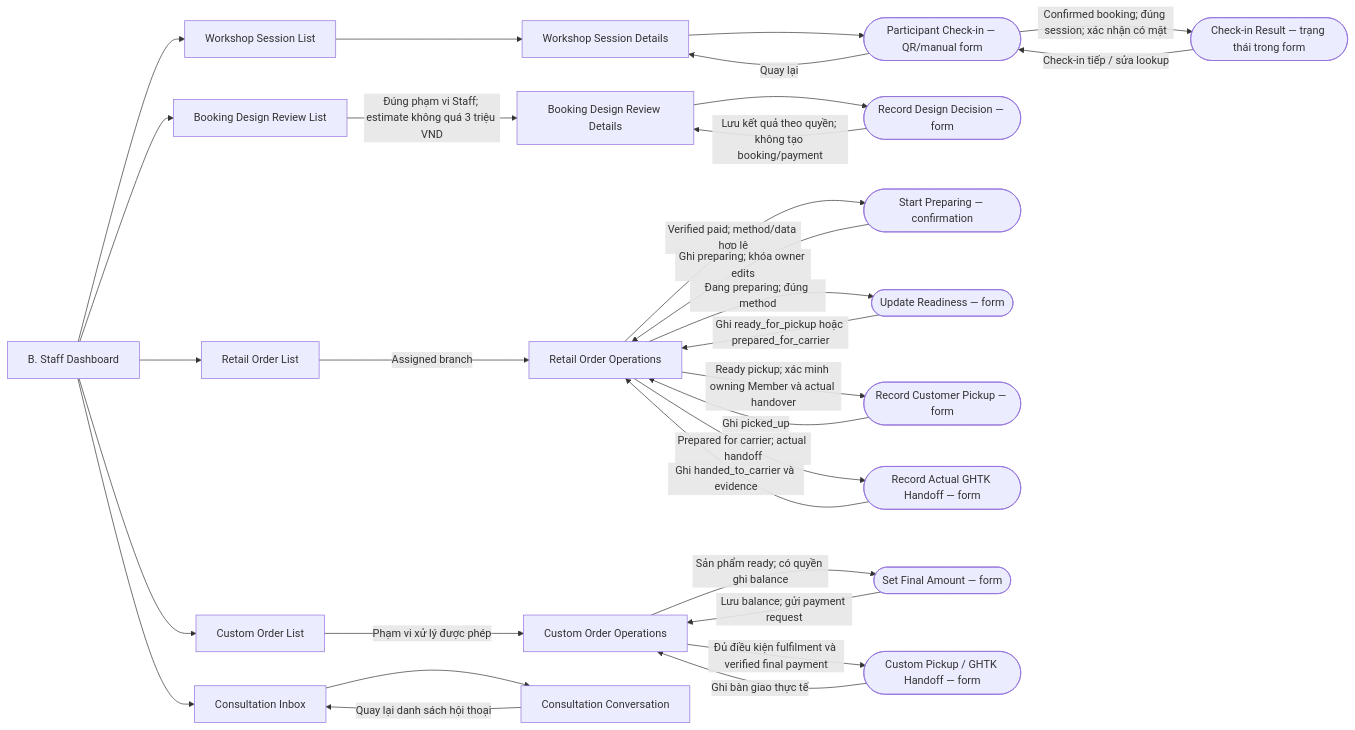
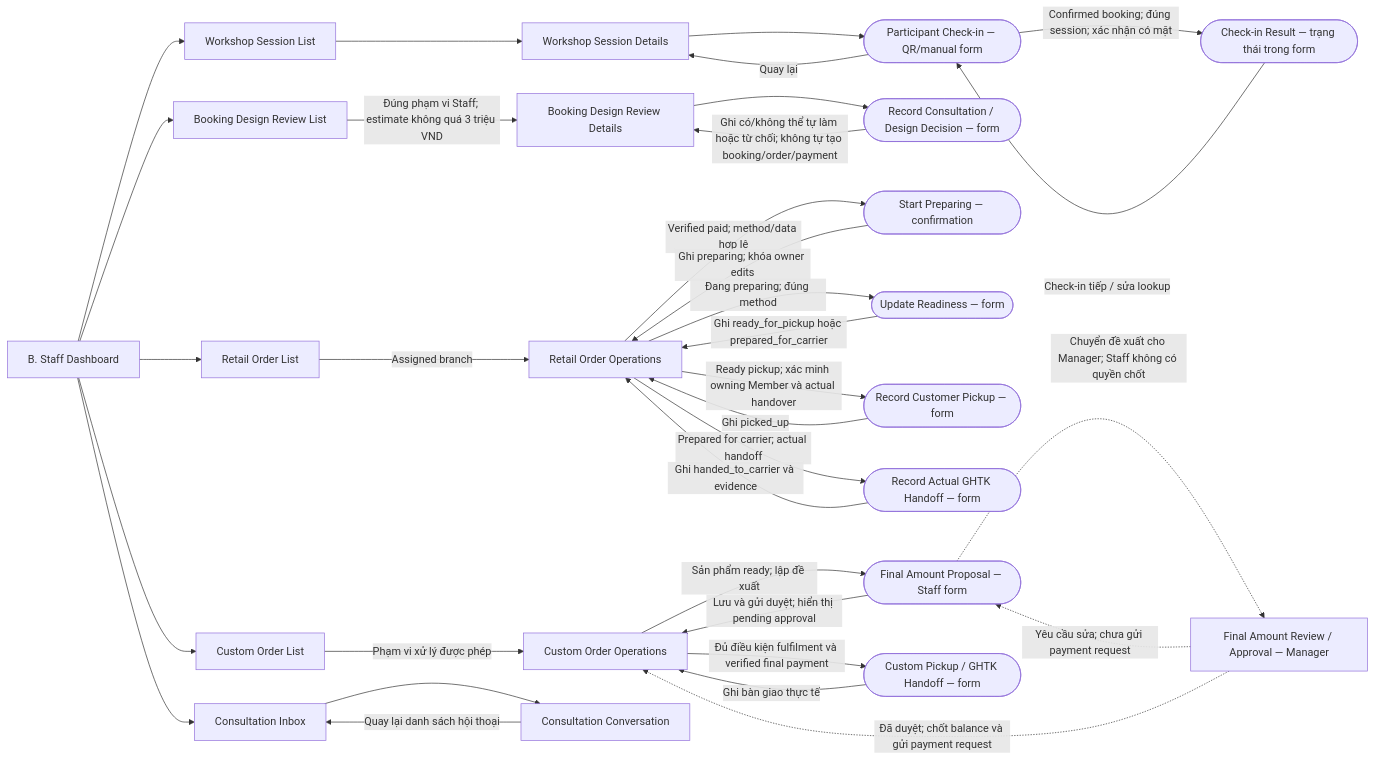
One commit to quoc-ca/mland-operations-hub changed the eighth of 10 diagrams in ppswbs-spec/screen.md. Above: the diagram before and after it, drawn with Mermaid. The commit also changed other lines of this file, not shown here.

````diff
--- a/ppswbs-spec/screen.md
+++ b/ppswbs-spec/screen.md
@@ -340,48 +478,52 @@
 ```mermaid
 flowchart LR
     B["B. Staff Dashboard"]
     Sessions["Workshop Session List"]
     Session["Workshop Session Details"]
     Checkin(["Participant Check-in — QR/manual form"])
     CheckResult(["Check-in Result — trạng thái trong form"])
     Designs["Booking Design Review List"]
     Design["Booking Design Review Details"]
-    DesignDecision(["Record Design Decision — form"])
+    DesignDecision(["Record Consultation / Design Decision — form"])
     Orders["Retail Order List"]
     Order["Retail Order Operations"]
     Preparing(["Start Preparing — confirmation"])
     Readiness(["Update Readiness — form"])
     Pickup(["Record Customer Pickup — form"])
     Carrier(["Record Actual GHTK Handoff — form"])
     Customs["Custom Order List"]
     Custom["Custom Order Operations"]
-    Final(["Set Final Amount — form"])
+    FinalProposal(["Final Amount Proposal — Staff form"])
+    FinalReview["Final Amount Review / Approval — Manager"]
     CustomHandoff(["Custom Pickup / GHTK Handoff — form"])
     Inbox["Consultation Inbox"]
     Chat["Consultation Conversation"]
 
     B --> Sessions --> Session --> Checkin
     Checkin -->|"Confirmed booking; đúng session; xác nhận có mặt"| CheckResult
     CheckResult -->|"Check-in tiếp / sửa lookup"| Checkin
     Checkin -->|"Quay lại"| Session
     B --> Designs -->|"Đúng phạm vi Staff; estimate không quá 3 triệu VND"| Design
-    Design --> DesignDecision -->|"Lưu kết quả theo quyền; không tạo booking/payment"| Design
+    Design --> DesignDecision -->|"Ghi có/không thể tự làm hoặc từ chối; không tự tạo booking/order/payment"| Design
 
     B --> Orders -->|"Assigned branch"| Order
     Order -->|"Verified paid; method/data hợp lệ"| Preparing
     Preparing -->|"Ghi preparing; khóa owner edits"| Order
     Order -->|"Đang preparing; đúng method"| Readiness
     Readiness -->|"Ghi ready_for_pickup hoặc prepared_for_carrier"| Order
     Order -->|"Ready pickup; xác minh owning Member và actual handover"| Pickup
     Pickup -->|"Ghi picked_up"| Order
     Order -->|"Prepared for carrier; actual handoff"| Carrier
     Carrier -->|"Ghi handed_to_carrier và evidence"| Order
 
     B --> Customs -->|"Phạm vi xử lý được phép"| Custom
-    Custom -->|"Sản phẩm ready; có quyền ghi balance"| Final
-    Final -->|"Lưu balance; gửi payment request"| Custom
+    Custom -->|"Sản phẩm ready; lập đề xuất"| FinalProposal
+    FinalProposal -->|"Lưu và gửi duyệt; hiển thị pending approval"| Custom
+    FinalProposal -.->|"Chuyển đề xuất cho Manager; Staff không có quyền chốt"| FinalReview
+    FinalReview -.->|"Yêu cầu sửa; chưa gửi payment request"| FinalProposal
+    FinalReview -.->|"Đã duyệt; chốt balance và gửi payment request"| Custom
     Custom -->|"Đủ điều kiện fulfilment và verified final payment"| CustomHandoff
     CustomHandoff -->|"Ghi bàn giao thực tế"| Custom
     B --> Inbox --> Chat
     Chat -->|"Quay lại danh sách hội thoại"| Inbox
 ```
````
